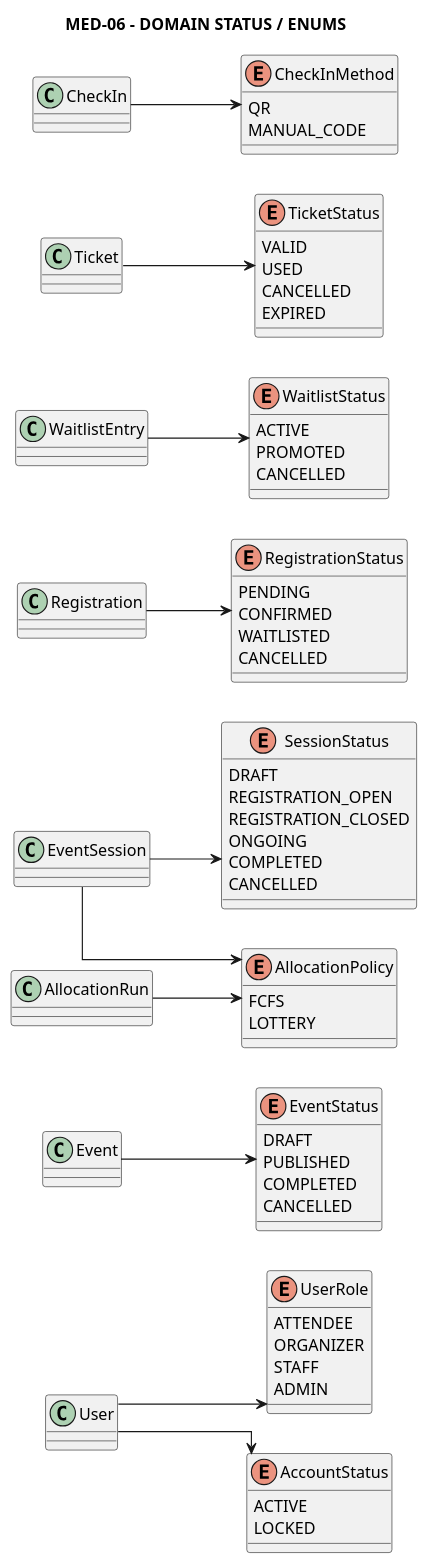
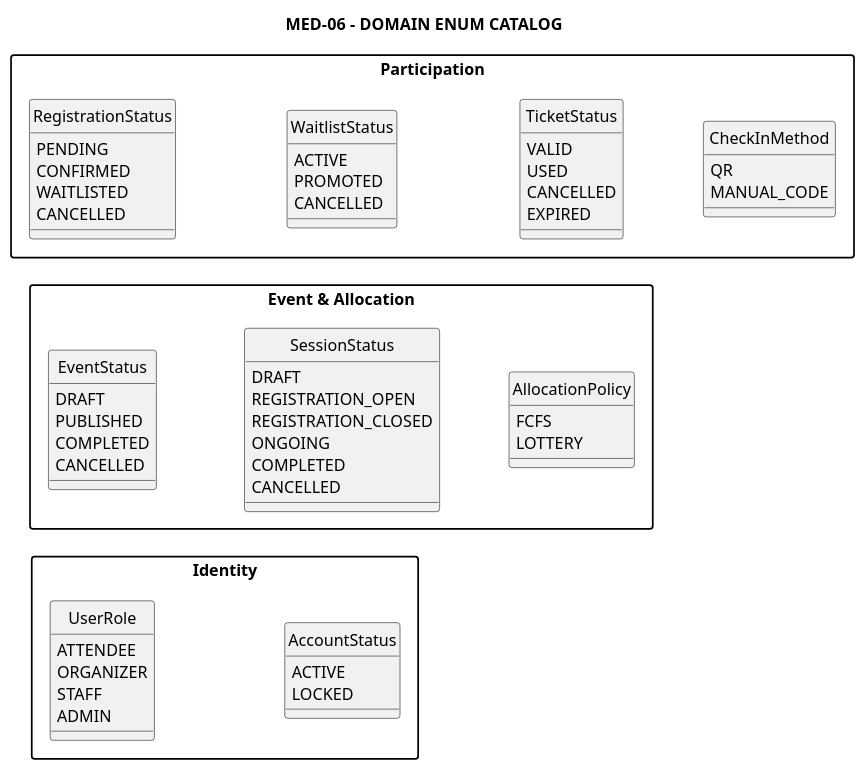
Before and after one commit to anh632k-ui/OOP-DoAn: the diagram in PTTK/02_DomainModel/02-domain-status-enums.puml, drawn with PlantUML.

Commit message:
refactor(domain): present enums as compact catalog

```diff
--- a/PTTK/02_DomainModel/02-domain-status-enums.puml
+++ b/PTTK/02_DomainModel/02-domain-status-enums.puml
@@ -1,87 +1,76 @@
 @startuml
 left to right direction
+skinparam monochrome true
 skinparam shadowing false
-skinparam linetype ortho
+skinparam defaultFontSize 14
+skinparam packageStyle rectangle
 skinparam classAttributeIconSize 0
+hide circle
 
-title MED-06 - DOMAIN STATUS / ENUMS
+title MED-06 - DOMAIN ENUM CATALOG
 
-enum UserRole {
-  ATTENDEE
-  ORGANIZER
-  STAFF
-  ADMIN
+package "Identity" {
+  enum UserRole {
+    ATTENDEE
+    ORGANIZER
+    STAFF
+    ADMIN
+  }
+  enum AccountStatus {
+    ACTIVE
+    LOCKED
+  }
+  UserRole -[hidden]down- AccountStatus
 }
 
-enum AccountStatus {
-  ACTIVE
-  LOCKED
+package "Event & Allocation" {
+  enum EventStatus {
+    DRAFT
+    PUBLISHED
+    COMPLETED
+    CANCELLED
+  }
+  enum SessionStatus {
+    DRAFT
+    REGISTRATION_OPEN
+    REGISTRATION_CLOSED
+    ONGOING
+    COMPLETED
+    CANCELLED
+  }
+  enum AllocationPolicy {
+    FCFS
+    LOTTERY
+  }
+  EventStatus -[hidden]down- SessionStatus
+  SessionStatus -[hidden]down- AllocationPolicy
 }
 
-enum EventStatus {
-  DRAFT
-  PUBLISHED
-  COMPLETED
-  CANCELLED
+package "Participation" {
+  enum RegistrationStatus {
+    PENDING
+    CONFIRMED
+    WAITLISTED
+    CANCELLED
+  }
+  enum WaitlistStatus {
+    ACTIVE
+    PROMOTED
+    CANCELLED
+  }
+  enum TicketStatus {
+    VALID
+    USED
+    CANCELLED
+    EXPIRED
+  }
+  enum CheckInMethod {
+    QR
+    MANUAL_CODE
+  }
+  RegistrationStatus -[hidden]down- WaitlistStatus
+  WaitlistStatus -[hidden]down- TicketStatus
+  TicketStatus -[hidden]down- CheckInMethod
 }
 
-enum SessionStatus {
-  DRAFT
-  REGISTRATION_OPEN
-  REGISTRATION_CLOSED
-  ONGOING
-  COMPLETED
-  CANCELLED
-}
-
-enum AllocationPolicy {
-  FCFS
-  LOTTERY
-}
-
-enum RegistrationStatus {
-  PENDING
-  CONFIRMED
-  WAITLISTED
-  CANCELLED
-}
-
-enum WaitlistStatus {
-  ACTIVE
-  PROMOTED
-  CANCELLED
-}
-
-enum TicketStatus {
-  VALID
-  USED
-  CANCELLED
-  EXPIRED
-}
-
-enum CheckInMethod {
-  QR
-  MANUAL_CODE
-}
-
-class User
-class Event
-class EventSession
-class Registration
-class WaitlistEntry
-class Ticket
-class CheckIn
-class AllocationRun
-
-User --> UserRole
-User --> AccountStatus
-Event --> EventStatus
-EventSession --> SessionStatus
-EventSession --> AllocationPolicy
-Registration --> RegistrationStatus
-WaitlistEntry --> WaitlistStatus
-Ticket --> TicketStatus
-CheckIn --> CheckInMethod
-AllocationRun --> AllocationPolicy
-
 @enduml
```
